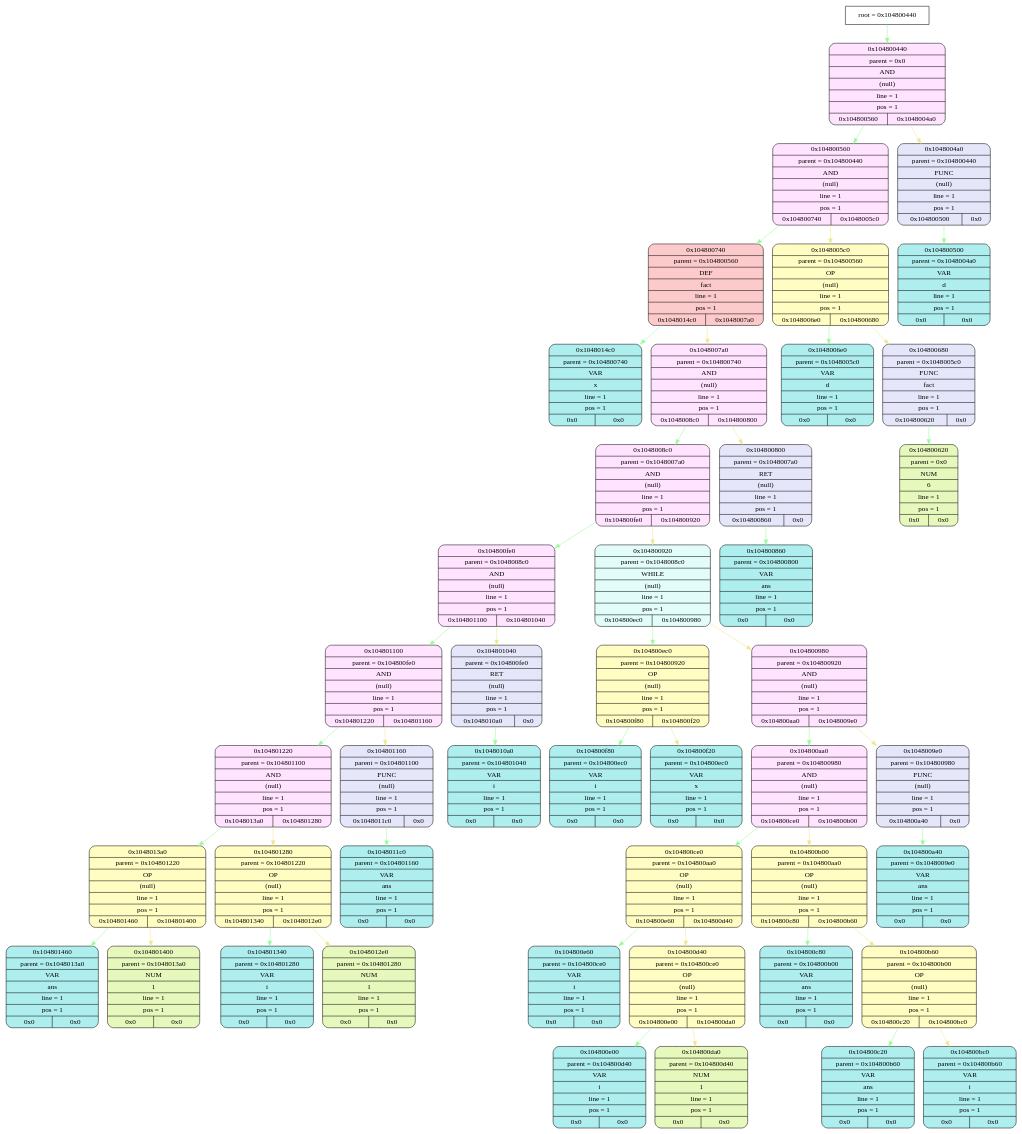
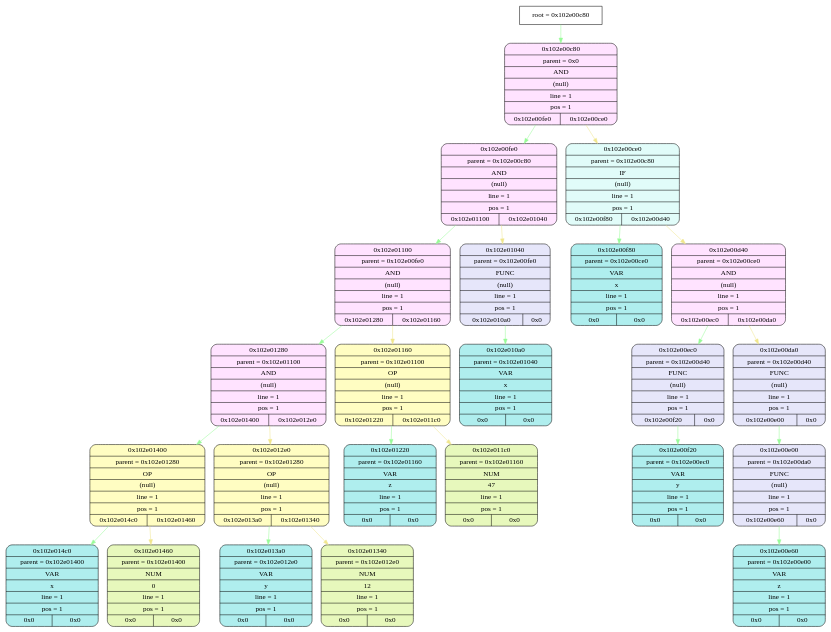
The diagram in frontend/tmp/graphviz.dot (esgalimov/language), drawn with Graphviz before and after one commit. The commit also changed 19 other files, not shown here.

```diff
--- a/frontend/tmp/graphviz.dot
+++ b/frontend/tmp/graphviz.dot
@@ -1,140 +1,74 @@
 digraph
 {
-    node_info[shape = record, label = "{root = 0x104800440}"];
+    node_info[shape = record, label = "{root = 0x102e00c80}"];
 
-    node_info->node_0x104800440 [color = "#98FB98"];
-    node_0x104800440[shape = Mrecord, label = "{{0x104800440} | {parent =  0x0} | {AND} | {(null)} | {line = 1} | {pos = 1} | {0x104800560 | 0x1048004a0}}",
+    node_info->node_0x102e00c80 [color = "#98FB98"];
+    node_0x102e00c80[shape = Mrecord, label = "{{0x102e00c80} | {parent =  0x0} | {AND} | {(null)} | {line = 1} | {pos = 1} | {0x102e00fe0 | 0x102e00ce0}}",
                                         style="filled", fillcolor="#FFE3FF"];
-    node_0x104800560[shape = Mrecord, label = "{{0x104800560} | {parent =  0x104800440} | {AND} | {(null)} | {line = 1} | {pos = 1} | {0x104800740 | 0x1048005c0}}",
+    node_0x102e00fe0[shape = Mrecord, label = "{{0x102e00fe0} | {parent =  0x102e00c80} | {AND} | {(null)} | {line = 1} | {pos = 1} | {0x102e01100 | 0x102e01040}}",
                                         style="filled", fillcolor="#FFE3FF"];
-    node_0x104800740[shape = Mrecord, label = "{{0x104800740} | {parent =  0x104800560} | {DEF} | {fact} | {line = 1} | {pos = 1} | {0x1048014c0 | 0x1048007a0}}",
-                                        style="filled", fillcolor="#FCCACA"];
-    node_0x1048014c0[shape = Mrecord, label = "{{0x1048014c0} | {parent =  0x104800740} | {VAR} | {x} | {line = 1} | {pos = 1} | {0x0 | 0x0}}",
+    node_0x102e01100[shape = Mrecord, label = "{{0x102e01100} | {parent =  0x102e00fe0} | {AND} | {(null)} | {line = 1} | {pos = 1} | {0x102e01280 | 0x102e01160}}",
+                                        style="filled", fillcolor="#FFE3FF"];
+    node_0x102e01280[shape = Mrecord, label = "{{0x102e01280} | {parent =  0x102e01100} | {AND} | {(null)} | {line = 1} | {pos = 1} | {0x102e01400 | 0x102e012e0}}",
+                                        style="filled", fillcolor="#FFE3FF"];
+    node_0x102e01400[shape = Mrecord, label = "{{0x102e01400} | {parent =  0x102e01280} | {OP} | {(null)} | {line = 1} | {pos = 1} | {0x102e014c0 | 0x102e01460}}",
+                                        style="filled", fillcolor="#FFFDC2"];
+    node_0x102e014c0[shape = Mrecord, label = "{{0x102e014c0} | {parent =  0x102e01400} | {VAR} | {x} | {line = 1} | {pos = 1} | {0x0 | 0x0}}",
                                         style="filled", fillcolor="#AFEEEE"];
-    node_0x1048007a0[shape = Mrecord, label = "{{0x1048007a0} | {parent =  0x104800740} | {AND} | {(null)} | {line = 1} | {pos = 1} | {0x1048008c0 | 0x104800800}}",
+    node_0x102e01460[shape = Mrecord, label = "{{0x102e01460} | {parent =  0x102e01400} | {NUM} | {0} | {line = 1} | {pos = 1} | {0x0 | 0x0}}",
+                style="filled", fillcolor="#E7F8BC"];
+    node_0x102e012e0[shape = Mrecord, label = "{{0x102e012e0} | {parent =  0x102e01280} | {OP} | {(null)} | {line = 1} | {pos = 1} | {0x102e013a0 | 0x102e01340}}",
+                                        style="filled", fillcolor="#FFFDC2"];
+    node_0x102e013a0[shape = Mrecord, label = "{{0x102e013a0} | {parent =  0x102e012e0} | {VAR} | {y} | {line = 1} | {pos = 1} | {0x0 | 0x0}}",
+                                        style="filled", fillcolor="#AFEEEE"];
+    node_0x102e01340[shape = Mrecord, label = "{{0x102e01340} | {parent =  0x102e012e0} | {NUM} | {12} | {line = 1} | {pos = 1} | {0x0 | 0x0}}",
+                style="filled", fillcolor="#E7F8BC"];
+    node_0x102e01160[shape = Mrecord, label = "{{0x102e01160} | {parent =  0x102e01100} | {OP} | {(null)} | {line = 1} | {pos = 1} | {0x102e01220 | 0x102e011c0}}",
+                                        style="filled", fillcolor="#FFFDC2"];
+    node_0x102e01220[shape = Mrecord, label = "{{0x102e01220} | {parent =  0x102e01160} | {VAR} | {z} | {line = 1} | {pos = 1} | {0x0 | 0x0}}",
+                                        style="filled", fillcolor="#AFEEEE"];
+    node_0x102e011c0[shape = Mrecord, label = "{{0x102e011c0} | {parent =  0x102e01160} | {NUM} | {47} | {line = 1} | {pos = 1} | {0x0 | 0x0}}",
+                style="filled", fillcolor="#E7F8BC"];
+    node_0x102e01040[shape = Mrecord, label = "{{0x102e01040} | {parent =  0x102e00fe0} | {FUNC} | {(null)} | {line = 1} | {pos = 1} | {0x102e010a0 | 0x0}}",
+                                        style="filled", fillcolor="#E6E6FA"];
+    node_0x102e010a0[shape = Mrecord, label = "{{0x102e010a0} | {parent =  0x102e01040} | {VAR} | {x} | {line = 1} | {pos = 1} | {0x0 | 0x0}}",
+                                        style="filled", fillcolor="#AFEEEE"];
+    node_0x102e00ce0[shape = Mrecord, label = "{{0x102e00ce0} | {parent =  0x102e00c80} | {IF} | {(null)} | {line = 1} | {pos = 1} | {0x102e00f80 | 0x102e00d40}}",
+                                        style="filled", fillcolor="#E1FCF9"];
+    node_0x102e00f80[shape = Mrecord, label = "{{0x102e00f80} | {parent =  0x102e00ce0} | {VAR} | {x} | {line = 1} | {pos = 1} | {0x0 | 0x0}}",
+                                        style="filled", fillcolor="#AFEEEE"];
+    node_0x102e00d40[shape = Mrecord, label = "{{0x102e00d40} | {parent =  0x102e00ce0} | {AND} | {(null)} | {line = 1} | {pos = 1} | {0x102e00ec0 | 0x102e00da0}}",
                                         style="filled", fillcolor="#FFE3FF"];
-    node_0x1048008c0[shape = Mrecord, label = "{{0x1048008c0} | {parent =  0x1048007a0} | {AND} | {(null)} | {line = 1} | {pos = 1} | {0x104800fe0 | 0x104800920}}",
-                                        style="filled", fillcolor="#FFE3FF"];
-    node_0x104800fe0[shape = Mrecord, label = "{{0x104800fe0} | {parent =  0x1048008c0} | {AND} | {(null)} | {line = 1} | {pos = 1} | {0x104801100 | 0x104801040}}",
-                                        style="filled", fillcolor="#FFE3FF"];
-    node_0x104801100[shape = Mrecord, label = "{{0x104801100} | {parent =  0x104800fe0} | {AND} | {(null)} | {line = 1} | {pos = 1} | {0x104801220 | 0x104801160}}",
-                                        style="filled", fillcolor="#FFE3FF"];
-    node_0x104801220[shape = Mrecord, label = "{{0x104801220} | {parent =  0x104801100} | {AND} | {(null)} | {line = 1} | {pos = 1} | {0x1048013a0 | 0x104801280}}",
-                                        style="filled", fillcolor="#FFE3FF"];
-    node_0x1048013a0[shape = Mrecord, label = "{{0x1048013a0} | {parent =  0x104801220} | {OP} | {(null)} | {line = 1} | {pos = 1} | {0x104801460 | 0x104801400}}",
-                                        style="filled", fillcolor="#FFFDC2"];
-    node_0x104801460[shape = Mrecord, label = "{{0x104801460} | {parent =  0x1048013a0} | {VAR} | {ans} | {line = 1} | {pos = 1} | {0x0 | 0x0}}",
+    node_0x102e00ec0[shape = Mrecord, label = "{{0x102e00ec0} | {parent =  0x102e00d40} | {FUNC} | {(null)} | {line = 1} | {pos = 1} | {0x102e00f20 | 0x0}}",
+                                        style="filled", fillcolor="#E6E6FA"];
+    node_0x102e00f20[shape = Mrecord, label = "{{0x102e00f20} | {parent =  0x102e00ec0} | {VAR} | {y} | {line = 1} | {pos = 1} | {0x0 | 0x0}}",
                                         style="filled", fillcolor="#AFEEEE"];
-    node_0x104801400[shape = Mrecord, label = "{{0x104801400} | {parent =  0x1048013a0} | {NUM} | {1} | {line = 1} | {pos = 1} | {0x0 | 0x0}}",
-                style="filled", fillcolor="#E7F8BC"];
-    node_0x104801280[shape = Mrecord, label = "{{0x104801280} | {parent =  0x104801220} | {OP} | {(null)} | {line = 1} | {pos = 1} | {0x104801340 | 0x1048012e0}}",
-                                        style="filled", fillcolor="#FFFDC2"];
-    node_0x104801340[shape = Mrecord, label = "{{0x104801340} | {parent =  0x104801280} | {VAR} | {i} | {line = 1} | {pos = 1} | {0x0 | 0x0}}",
+    node_0x102e00da0[shape = Mrecord, label = "{{0x102e00da0} | {parent =  0x102e00d40} | {FUNC} | {(null)} | {line = 1} | {pos = 1} | {0x102e00e00 | 0x0}}",
+                                        style="filled", fillcolor="#E6E6FA"];
+    node_0x102e00e00[shape = Mrecord, label = "{{0x102e00e00} | {parent =  0x102e00da0} | {FUNC} | {(null)} | {line = 1} | {pos = 1} | {0x102e00e60 | 0x0}}",
+                                        style="filled", fillcolor="#E6E6FA"];
+    node_0x102e00e60[shape = Mrecord, label = "{{0x102e00e60} | {parent =  0x102e00e00} | {VAR} | {z} | {line = 1} | {pos = 1} | {0x0 | 0x0}}",
                                         style="filled", fillcolor="#AFEEEE"];
-    node_0x1048012e0[shape = Mrecord, label = "{{0x1048012e0} | {parent =  0x104801280} | {NUM} | {1} | {line = 1} | {pos = 1} | {0x0 | 0x0}}",
-                style="filled", fillcolor="#E7F8BC"];
-    node_0x104801160[shape = Mrecord, label = "{{0x104801160} | {parent =  0x104801100} | {FUNC} | {(null)} | {line = 1} | {pos = 1} | {0x1048011c0 | 0x0}}",
-                                        style="filled", fillcolor="#E6E6FA"];
-    node_0x1048011c0[shape = Mrecord, label = "{{0x1048011c0} | {parent =  0x104801160} | {VAR} | {ans} | {line = 1} | {pos = 1} | {0x0 | 0x0}}",
-                                        style="filled", fillcolor="#AFEEEE"];
-    node_0x104801040[shape = Mrecord, label = "{{0x104801040} | {parent =  0x104800fe0} | {RET} | {(null)} | {line = 1} | {pos = 1} | {0x1048010a0 | 0x0}}",
-                                        style="filled", fillcolor="#E6E6FA"];
-    node_0x1048010a0[shape = Mrecord, label = "{{0x1048010a0} | {parent =  0x104801040} | {VAR} | {i} | {line = 1} | {pos = 1} | {0x0 | 0x0}}",
-                                        style="filled", fillcolor="#AFEEEE"];
-    node_0x104800920[shape = Mrecord, label = "{{0x104800920} | {parent =  0x1048008c0} | {WHILE} | {(null)} | {line = 1} | {pos = 1} | {0x104800ec0 | 0x104800980}}",
-                                        style="filled", fillcolor="#E1FCF9"];
-    node_0x104800ec0[shape = Mrecord, label = "{{0x104800ec0} | {parent =  0x104800920} | {OP} | {(null)} | {line = 1} | {pos = 1} | {0x104800f80 | 0x104800f20}}",
-                                        style="filled", fillcolor="#FFFDC2"];
-    node_0x104800f80[shape = Mrecord, label = "{{0x104800f80} | {parent =  0x104800ec0} | {VAR} | {i} | {line = 1} | {pos = 1} | {0x0 | 0x0}}",
-                                        style="filled", fillcolor="#AFEEEE"];
-    node_0x104800f20[shape = Mrecord, label = "{{0x104800f20} | {parent =  0x104800ec0} | {VAR} | {x} | {line = 1} | {pos = 1} | {0x0 | 0x0}}",
-                                        style="filled", fillcolor="#AFEEEE"];
-    node_0x104800980[shape = Mrecord, label = "{{0x104800980} | {parent =  0x104800920} | {AND} | {(null)} | {line = 1} | {pos = 1} | {0x104800aa0 | 0x1048009e0}}",
-                                        style="filled", fillcolor="#FFE3FF"];
-    node_0x104800aa0[shape = Mrecord, label = "{{0x104800aa0} | {parent =  0x104800980} | {AND} | {(null)} | {line = 1} | {pos = 1} | {0x104800ce0 | 0x104800b00}}",
-                                        style="filled", fillcolor="#FFE3FF"];
-    node_0x104800ce0[shape = Mrecord, label = "{{0x104800ce0} | {parent =  0x104800aa0} | {OP} | {(null)} | {line = 1} | {pos = 1} | {0x104800e60 | 0x104800d40}}",
-                                        style="filled", fillcolor="#FFFDC2"];
-    node_0x104800e60[shape = Mrecord, label = "{{0x104800e60} | {parent =  0x104800ce0} | {VAR} | {i} | {line = 1} | {pos = 1} | {0x0 | 0x0}}",
-                                        style="filled", fillcolor="#AFEEEE"];
-    node_0x104800d40[shape = Mrecord, label = "{{0x104800d40} | {parent =  0x104800ce0} | {OP} | {(null)} | {line = 1} | {pos = 1} | {0x104800e00 | 0x104800da0}}",
-                                        style="filled", fillcolor="#FFFDC2"];
-    node_0x104800e00[shape = Mrecord, label = "{{0x104800e00} | {parent =  0x104800d40} | {VAR} | {i} | {line = 1} | {pos = 1} | {0x0 | 0x0}}",
-                                        style="filled", fillcolor="#AFEEEE"];
-    node_0x104800da0[shape = Mrecord, label = "{{0x104800da0} | {parent =  0x104800d40} | {NUM} | {1} | {line = 1} | {pos = 1} | {0x0 | 0x0}}",
-                style="filled", fillcolor="#E7F8BC"];
-    node_0x104800b00[shape = Mrecord, label = "{{0x104800b00} | {parent =  0x104800aa0} | {OP} | {(null)} | {line = 1} | {pos = 1} | {0x104800c80 | 0x104800b60}}",
-                                        style="filled", fillcolor="#FFFDC2"];
-    node_0x104800c80[shape = Mrecord, label = "{{0x104800c80} | {parent =  0x104800b00} | {VAR} | {ans} | {line = 1} | {pos = 1} | {0x0 | 0x0}}",
-                                        style="filled", fillcolor="#AFEEEE"];
-    node_0x104800b60[shape = Mrecord, label = "{{0x104800b60} | {parent =  0x104800b00} | {OP} | {(null)} | {line = 1} | {pos = 1} | {0x104800c20 | 0x104800bc0}}",
-                                        style="filled", fillcolor="#FFFDC2"];
-    node_0x104800c20[shape = Mrecord, label = "{{0x104800c20} | {parent =  0x104800b60} | {VAR} | {ans} | {line = 1} | {pos = 1} | {0x0 | 0x0}}",
-                                        style="filled", fillcolor="#AFEEEE"];
-    node_0x104800bc0[shape = Mrecord, label = "{{0x104800bc0} | {parent =  0x104800b60} | {VAR} | {i} | {line = 1} | {pos = 1} | {0x0 | 0x0}}",
-                                        style="filled", fillcolor="#AFEEEE"];
-    node_0x1048009e0[shape = Mrecord, label = "{{0x1048009e0} | {parent =  0x104800980} | {FUNC} | {(null)} | {line = 1} | {pos = 1} | {0x104800a40 | 0x0}}",
-                                        style="filled", fillcolor="#E6E6FA"];
-    node_0x104800a40[shape = Mrecord, label = "{{0x104800a40} | {parent =  0x1048009e0} | {VAR} | {ans} | {line = 1} | {pos = 1} | {0x0 | 0x0}}",
-                                        style="filled", fillcolor="#AFEEEE"];
-    node_0x104800800[shape = Mrecord, label = "{{0x104800800} | {parent =  0x1048007a0} | {RET} | {(null)} | {line = 1} | {pos = 1} | {0x104800860 | 0x0}}",
-                                        style="filled", fillcolor="#E6E6FA"];
-    node_0x104800860[shape = Mrecord, label = "{{0x104800860} | {parent =  0x104800800} | {VAR} | {ans} | {line = 1} | {pos = 1} | {0x0 | 0x0}}",
-                                        style="filled", fillcolor="#AFEEEE"];
-    node_0x1048005c0[shape = Mrecord, label = "{{0x1048005c0} | {parent =  0x104800560} | {OP} | {(null)} | {line = 1} | {pos = 1} | {0x1048006e0 | 0x104800680}}",
-                                        style="filled", fillcolor="#FFFDC2"];
-    node_0x1048006e0[shape = Mrecord, label = "{{0x1048006e0} | {parent =  0x1048005c0} | {VAR} | {d} | {line = 1} | {pos = 1} | {0x0 | 0x0}}",
-                                        style="filled", fillcolor="#AFEEEE"];
-    node_0x104800680[shape = Mrecord, label = "{{0x104800680} | {parent =  0x1048005c0} | {FUNC} | {fact} | {line = 1} | {pos = 1} | {0x104800620 | 0x0}}",
-                                        style="filled", fillcolor="#E6E6FA"];
-    node_0x104800620[shape = Mrecord, label = "{{0x104800620} | {parent =  0x0} | {NUM} | {6} | {line = 1} | {pos = 1} | {0x0 | 0x0}}",
-                style="filled", fillcolor="#E7F8BC"];
-    node_0x1048004a0[shape = Mrecord, label = "{{0x1048004a0} | {parent =  0x104800440} | {FUNC} | {(null)} | {line = 1} | {pos = 1} | {0x104800500 | 0x0}}",
-                                        style="filled", fillcolor="#E6E6FA"];
-    node_0x104800500[shape = Mrecord, label = "{{0x104800500} | {parent =  0x1048004a0} | {VAR} | {d} | {line = 1} | {pos = 1} | {0x0 | 0x0}}",
-                                        style="filled", fillcolor="#AFEEEE"];
-    node_0x104800440->node_0x104800560 [color = "#98FB98"];
-    node_0x104800560->node_0x104800740 [color = "#98FB98"];
-    node_0x104800740->node_0x1048014c0 [color = "#98FB98"];
-    node_0x104800740->node_0x1048007a0 [color = "#F0E68C"];
-    node_0x1048007a0->node_0x1048008c0 [color = "#98FB98"];
-    node_0x1048008c0->node_0x104800fe0 [color = "#98FB98"];
-    node_0x104800fe0->node_0x104801100 [color = "#98FB98"];
-    node_0x104801100->node_0x104801220 [color = "#98FB98"];
-    node_0x104801220->node_0x1048013a0 [color = "#98FB98"];
-    node_0x1048013a0->node_0x104801460 [color = "#98FB98"];
-    node_0x1048013a0->node_0x104801400 [color = "#F0E68C"];
-    node_0x104801220->node_0x104801280 [color = "#F0E68C"];
-    node_0x104801280->node_0x104801340 [color = "#98FB98"];
-    node_0x104801280->node_0x1048012e0 [color = "#F0E68C"];
-    node_0x104801100->node_0x104801160 [color = "#F0E68C"];
-    node_0x104801160->node_0x1048011c0 [color = "#98FB98"];
-    node_0x104800fe0->node_0x104801040 [color = "#F0E68C"];
-    node_0x104801040->node_0x1048010a0 [color = "#98FB98"];
-    node_0x1048008c0->node_0x104800920 [color = "#F0E68C"];
-    node_0x104800920->node_0x104800ec0 [color = "#98FB98"];
-    node_0x104800ec0->node_0x104800f80 [color = "#98FB98"];
-    node_0x104800ec0->node_0x104800f20 [color = "#F0E68C"];
-    node_0x104800920->node_0x104800980 [color = "#F0E68C"];
-    node_0x104800980->node_0x104800aa0 [color = "#98FB98"];
-    node_0x104800aa0->node_0x104800ce0 [color = "#98FB98"];
-    node_0x104800ce0->node_0x104800e60 [color = "#98FB98"];
-    node_0x104800ce0->node_0x104800d40 [color = "#F0E68C"];
-    node_0x104800d40->node_0x104800e00 [color = "#98FB98"];
-    node_0x104800d40->node_0x104800da0 [color = "#F0E68C"];
-    node_0x104800aa0->node_0x104800b00 [color = "#F0E68C"];
-    node_0x104800b00->node_0x104800c80 [color = "#98FB98"];
-    node_0x104800b00->node_0x104800b60 [color = "#F0E68C"];
-    node_0x104800b60->node_0x104800c20 [color = "#98FB98"];
-    node_0x104800b60->node_0x104800bc0 [color = "#F0E68C"];
-    node_0x104800980->node_0x1048009e0 [color = "#F0E68C"];
-    node_0x1048009e0->node_0x104800a40 [color = "#98FB98"];
-    node_0x1048007a0->node_0x104800800 [color = "#F0E68C"];
-    node_0x104800800->node_0x104800860 [color = "#98FB98"];
-    node_0x104800560->node_0x1048005c0 [color = "#F0E68C"];
-    node_0x1048005c0->node_0x1048006e0 [color = "#98FB98"];
-    node_0x1048005c0->node_0x104800680 [color = "#F0E68C"];
-    node_0x104800680->node_0x104800620 [color = "#98FB98"];
-    node_0x104800440->node_0x1048004a0 [color = "#F0E68C"];
-    node_0x1048004a0->node_0x104800500 [color = "#98FB98"];
+    node_0x102e00c80->node_0x102e00fe0 [color = "#98FB98"];
+    node_0x102e00fe0->node_0x102e01100 [color = "#98FB98"];
+    node_0x102e01100->node_0x102e01280 [color = "#98FB98"];
+    node_0x102e01280->node_0x102e01400 [color = "#98FB98"];
+    node_0x102e01400->node_0x102e014c0 [color = "#98FB98"];
+    node_0x102e01400->node_0x102e01460 [color = "#F0E68C"];
+    node_0x102e01280->node_0x102e012e0 [color = "#F0E68C"];
+    node_0x102e012e0->node_0x102e013a0 [color = "#98FB98"];
+    node_0x102e012e0->node_0x102e01340 [color = "#F0E68C"];
+    node_0x102e01100->node_0x102e01160 [color = "#F0E68C"];
+    node_0x102e01160->node_0x102e01220 [color = "#98FB98"];
+    node_0x102e01160->node_0x102e011c0 [color = "#F0E68C"];
+    node_0x102e00fe0->node_0x102e01040 [color = "#F0E68C"];
+    node_0x102e01040->node_0x102e010a0 [color = "#98FB98"];
+    node_0x102e00c80->node_0x102e00ce0 [color = "#F0E68C"];
+    node_0x102e00ce0->node_0x102e00f80 [color = "#98FB98"];
+    node_0x102e00ce0->node_0x102e00d40 [color = "#F0E68C"];
+    node_0x102e00d40->node_0x102e00ec0 [color = "#98FB98"];
+    node_0x102e00ec0->node_0x102e00f20 [color = "#98FB98"];
+    node_0x102e00d40->node_0x102e00da0 [color = "#F0E68C"];
+    node_0x102e00da0->node_0x102e00e00 [color = "#98FB98"];
+    node_0x102e00e00->node_0x102e00e60 [color = "#98FB98"];
 }
```
